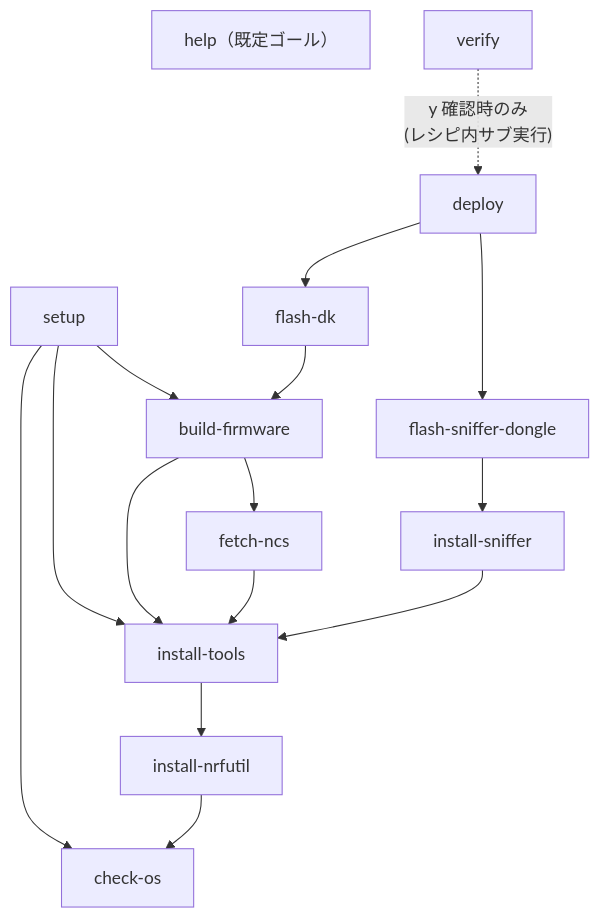
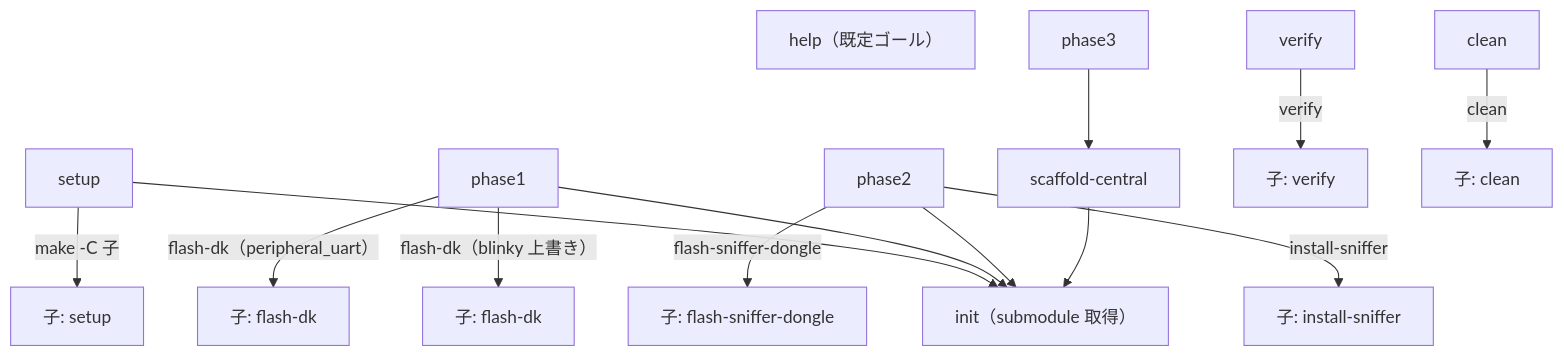
The fourth of 4 diagrams in docs/DESIGN-001.md (kokiTakashiki/CoreBluetoothDevelopmentBootstrap), drawn with Mermaid before and after one commit. The commit also changed other lines of this file and 8 other files, not shown here.

````diff
--- a/docs/DESIGN-001.md
+++ b/docs/DESIGN-001.md
@@ -83,18 +225,22 @@
 ```mermaid
 graph TD
     help["help（既定ゴール）"]
-    setup --> check-os
-    setup --> install-tools
-    setup --> build-firmware
-    deploy --> flash-dk
-    deploy --> flash-sniffer-dongle
-    verify -. "y 確認時のみ\n(レシピ内サブ実行)" .-> deploy
-    install-nrfutil --> check-os
-    install-tools --> install-nrfutil
-    install-sniffer --> install-tools
-    fetch-ncs --> install-tools
-    build-firmware --> install-tools
-    build-firmware --> fetch-ncs
-    flash-dk --> build-firmware
-    flash-sniffer-dongle --> install-sniffer
+    init["init（submodule 取得）"]
+
+    setup --> init
+    setup -->|"make -C 子"| c_setup["子: setup"]
+
+    phase1 --> init
+    phase1 -->|"flash-dk（blinky 上書き）"| c_flash1["子: flash-dk"]
+    phase1 -->|"flash-dk（peripheral_uart）"| c_flash2["子: flash-dk"]
+
+    phase2 --> init
+    phase2 -->|"install-sniffer"| c_sniff["子: install-sniffer"]
+    phase2 -->|"flash-sniffer-dongle"| c_dongle["子: flash-sniffer-dongle"]
+
+    phase3 --> scaffold["scaffold-central"]
+    scaffold --> init
+
+    verify -->|"verify"| c_verify["子: verify"]
+    clean -->|"clean"| c_clean["子: clean"]
 ```
````
